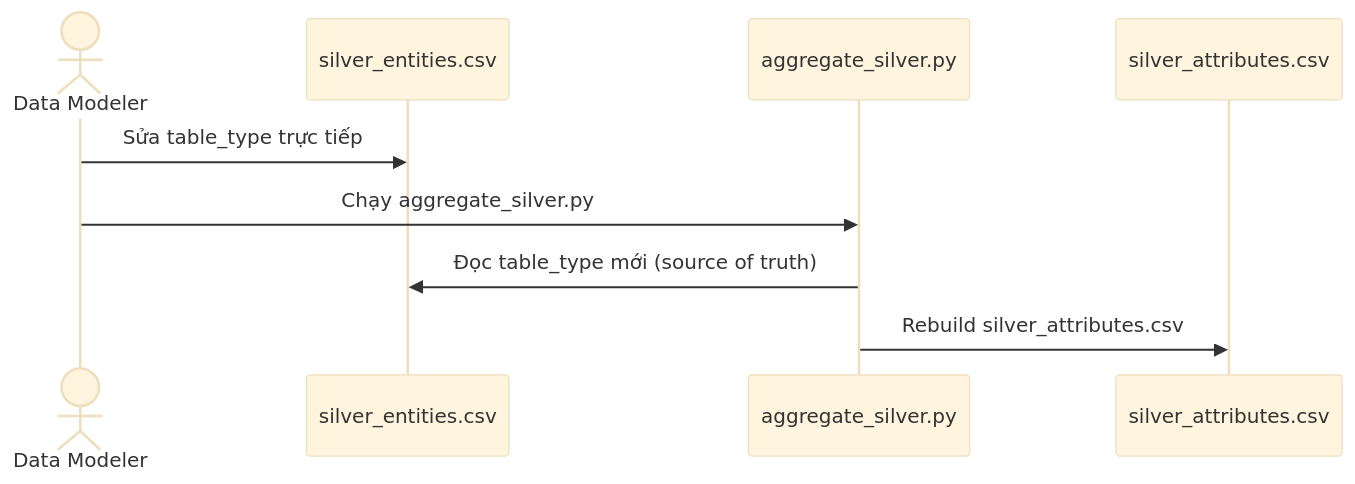
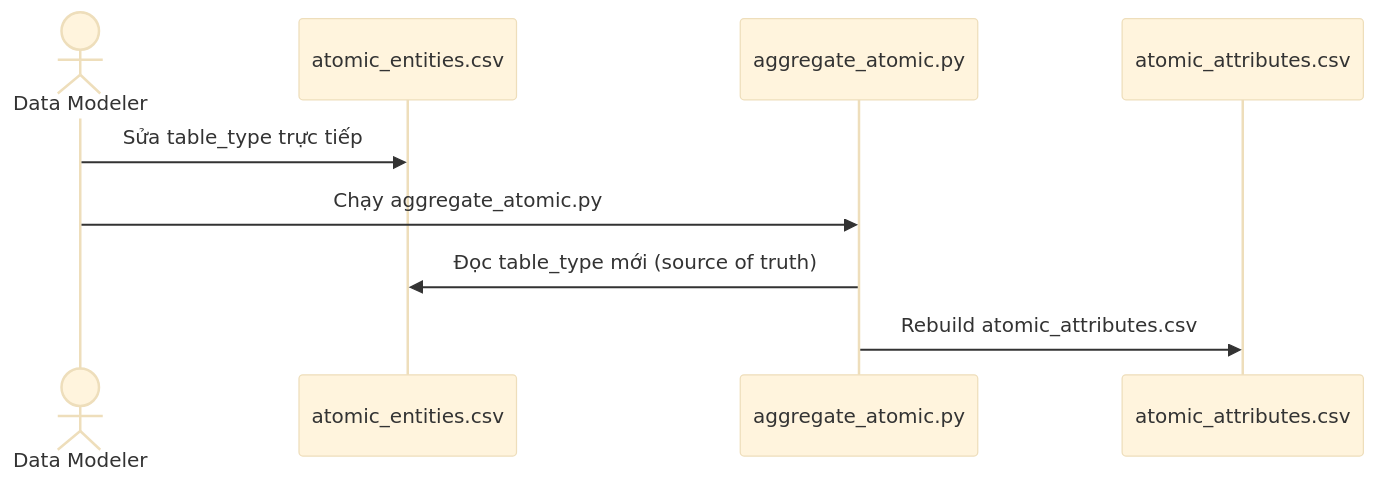
Before and after one commit to linhlvit/ubck_atomic_design: the third of 3 diagrams in README.md, drawn with Mermaid (base theme). The commit also changed other lines of this file and 588 other files, not shown here.

Commit message:
update Silver to Atomic

````diff
--- a/README.md
+++ b/README.md
@@ -128,12 +128,12 @@
 ```mermaid
 sequenceDiagram
     actor DM as Data Modeler
-    participant SE as silver_entities.csv
-    participant AGG as aggregate_silver.py
-    participant OUT as silver_attributes.csv
+    participant SE as atomic_entities.csv
+    participant AGG as aggregate_atomic.py
+    participant OUT as atomic_attributes.csv
 
     DM->>SE: Sửa table_type trực tiếp
-    DM->>AGG: Chạy aggregate_silver.py
+    DM->>AGG: Chạy aggregate_atomic.py
     AGG->>SE: Đọc table_type mới (source of truth)
-    AGG->>OUT: Rebuild silver_attributes.csv
+    AGG->>OUT: Rebuild atomic_attributes.csv
 ```
````
